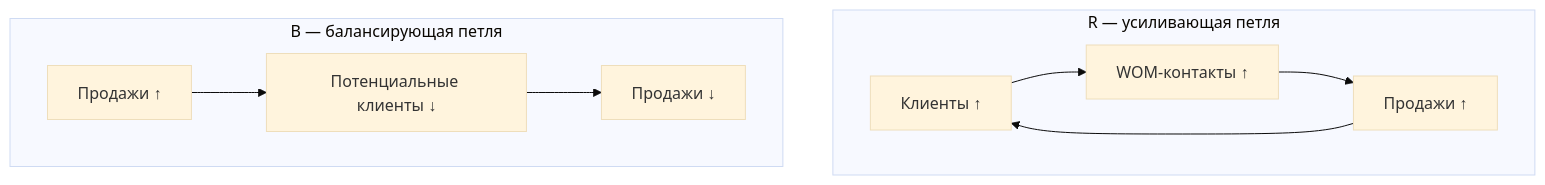
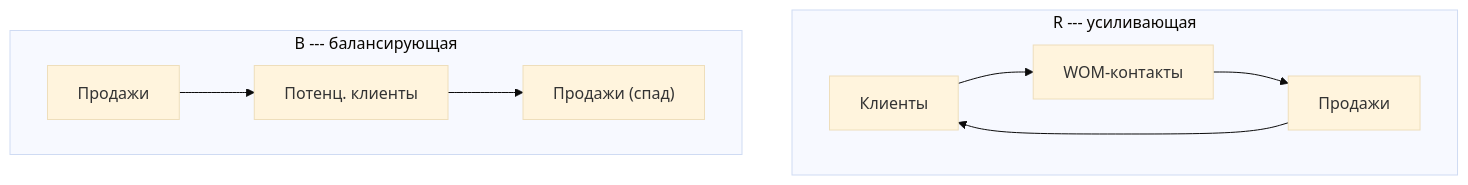
The third of 3 diagrams in docs/02-system-dynamics.md (stareeg/simulation-modeling-notes), drawn with Mermaid (base theme) before and after one commit. The commit also changed other lines of this file and 14 other files, not shown here.

````diff
--- a/docs/02-system-dynamics.md
+++ b/docs/02-system-dynamics.md
@@ -175,13 +179,13 @@
 ```mermaid
 graph TD
-    subgraph "R — усиливающая петля"
-        R1[Клиенты ↑] --> R2[WOM-контакты ↑]
-        R2 --> R3[Продажи ↑]
+    subgraph "R --- усиливающая"
+        R1[Клиенты] --> R2[WOM-контакты]
+        R2 --> R3[Продажи]
         R3 --> R1
     end
 
-    subgraph "B — балансирующая петля"
-        B1[Продажи ↑] --> B2[Потенциальные клиенты ↓]
-        B2 --> B3[Продажи ↓]
+    subgraph "B --- балансирующая"
+        B1[Продажи] --> B2["Потенц. клиенты"]
+        B2 --> B3["Продажи (спад)"]
     end
 ```
````
